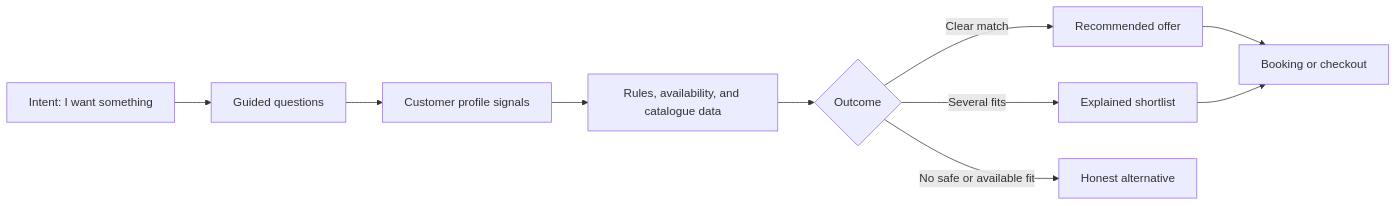
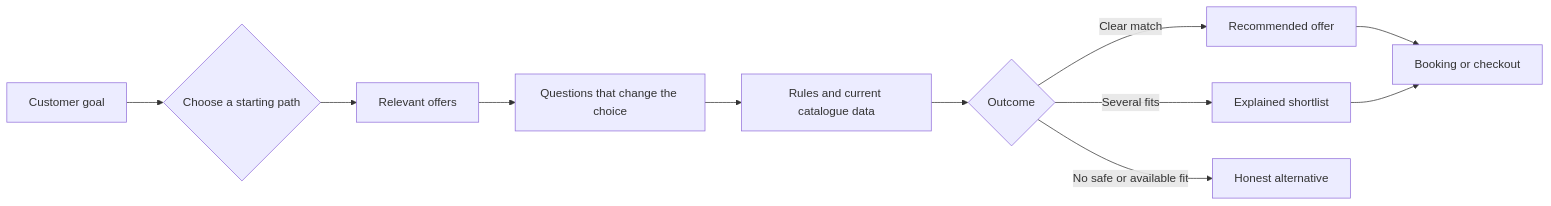
One commit to EoinFitzsimons/storefront changed the diagram in PRODUCT_PLAN.md. Above: the diagram before and after it, drawn with Mermaid. The commit also changed other lines of this file and 17 other files, not shown here.

```diff
--- a/PRODUCT_PLAN.md
+++ b/PRODUCT_PLAN.md
@@ -88,12 +90,13 @@
 ~~~mermaid
 flowchart LR
-  A[Intent: I want something] --> B[Guided questions]
-  B --> C[Customer profile signals]
-  C --> D[Rules, availability, and catalogue data]
-  D --> E{Outcome}
-  E -->|Clear match| F[Recommended offer]
-  E -->|Several fits| G[Explained shortlist]
-  E -->|No safe or available fit| H[Honest alternative]
-  F --> I[Booking or checkout]
-  G --> I
+  A[Customer goal] --> B{Choose a starting path}
+  B --> C[Relevant offers]
+  C --> D[Questions that change the choice]
+  D --> E[Rules and current catalogue data]
+  E --> F{Outcome}
+  F -->|Clear match| G[Recommended offer]
+  F -->|Several fits| H[Explained shortlist]
+  F -->|No safe or available fit| I[Honest alternative]
+  G --> J[Booking or checkout]
+  H --> J
 ~~~
```
